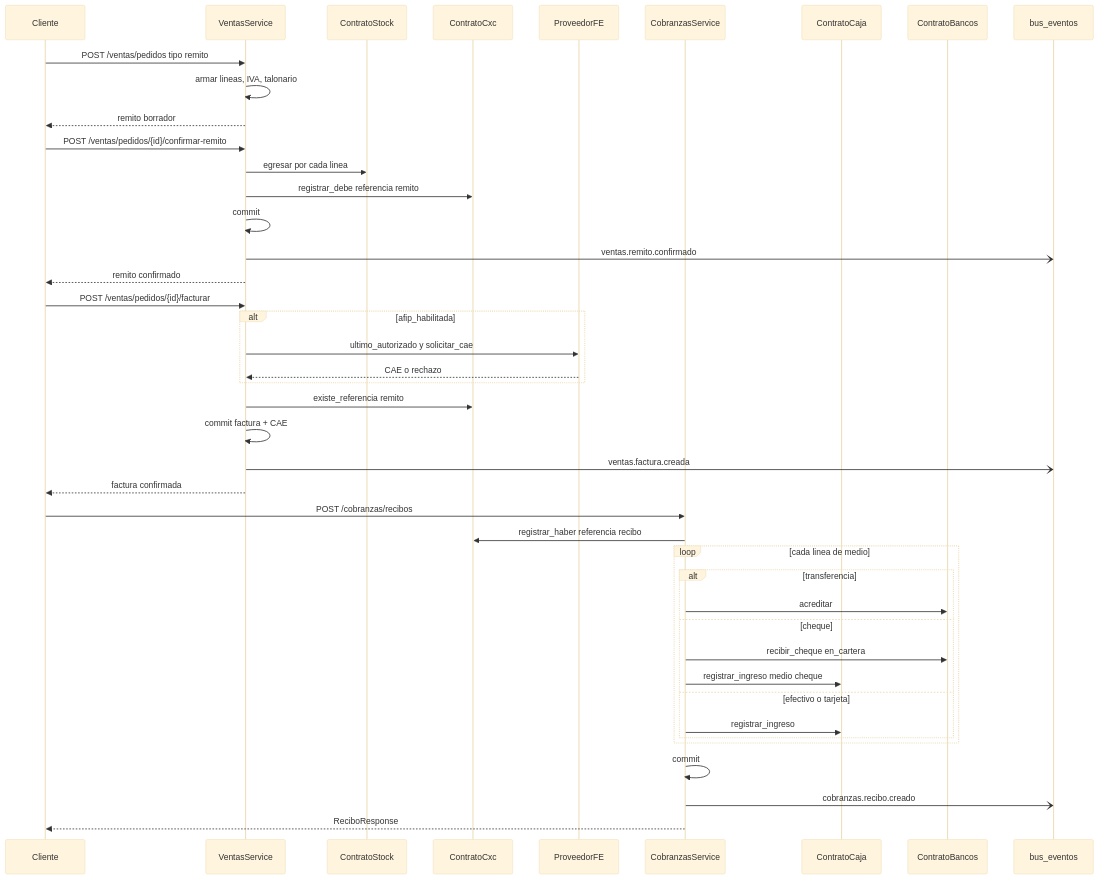
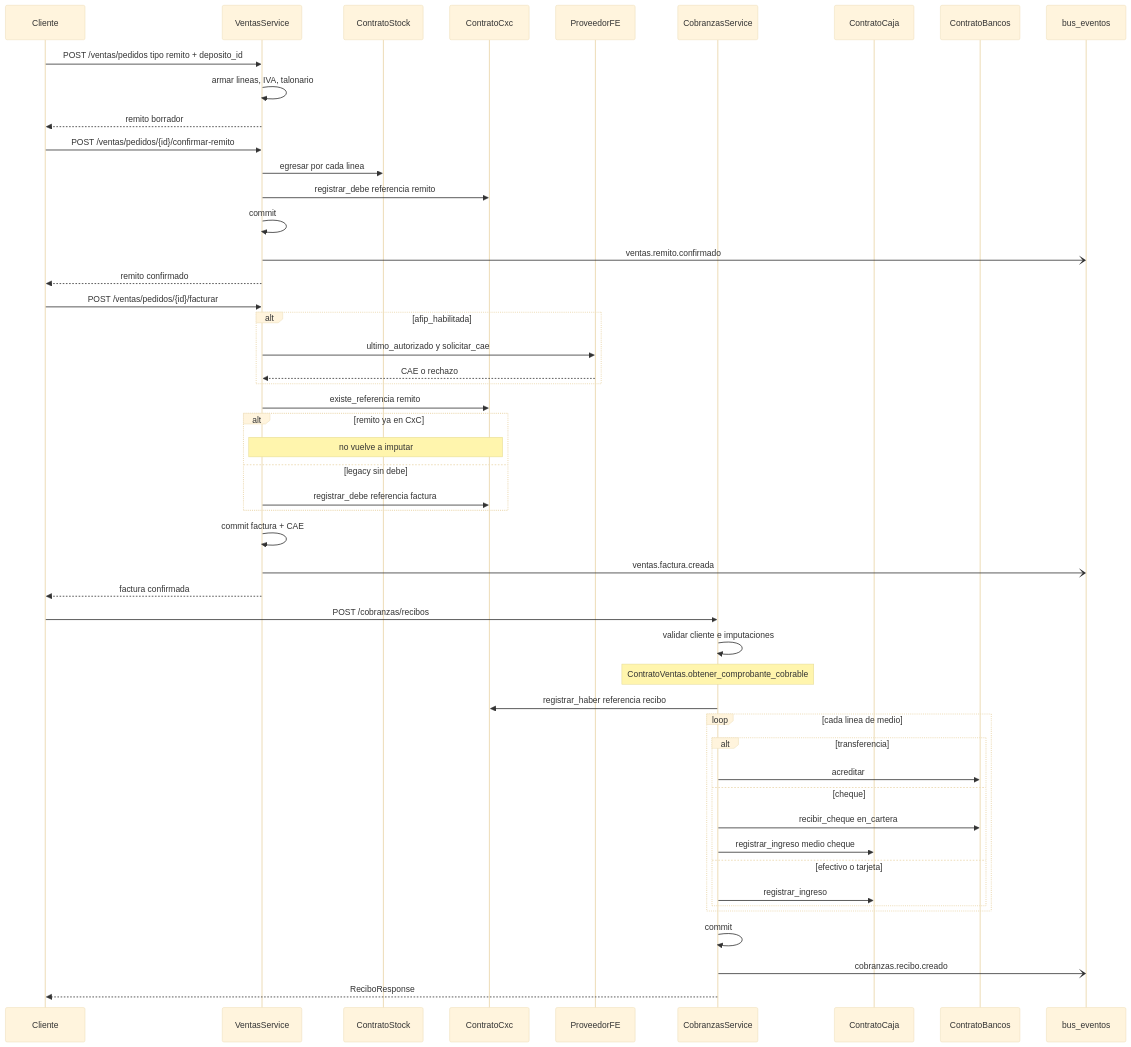
Before and after one commit to estsan3/ventas360-api: the diagram in docs/diagramas/cadena-venta-cobro.md, drawn with Mermaid (base theme). The commit also changed other lines of this file and 21 other files, not shown here.

First line of the commit message:
docs: diagramas de secuencia por módulo (sync 2026-09-25)

````diff
--- a/docs/diagramas/cadena-venta-cobro.md
+++ b/docs/diagramas/cadena-venta-cobro.md
@@ -8,49 +8,56 @@
 ```mermaid
 sequenceDiagram
     participant Cliente
     participant Ventas as VentasService
     participant Stock as ContratoStock
     participant Cxc as ContratoCxc
     participant FE as ProveedorFE
     participant Cobranzas as CobranzasService
     participant Caja as ContratoCaja
     participant Bancos as ContratoBancos
     participant Bus as bus_eventos
 
-    Cliente->>Ventas: POST /ventas/pedidos tipo remito
+    Cliente->>Ventas: POST /ventas/pedidos tipo remito + deposito_id
     Ventas->>Ventas: armar lineas, IVA, talonario
     Ventas-->>Cliente: remito borrador
 
     Cliente->>Ventas: POST /ventas/pedidos/{id}/confirmar-remito
     Ventas->>Stock: egresar por cada linea
     Ventas->>Cxc: registrar_debe referencia remito
     Ventas->>Ventas: commit
     Ventas-)Bus: ventas.remito.confirmado
     Ventas-->>Cliente: remito confirmado
 
     Cliente->>Ventas: POST /ventas/pedidos/{id}/facturar
     alt afip_habilitada
         Ventas->>FE: ultimo_autorizado y solicitar_cae
         FE-->>Ventas: CAE o rechazo
     end
     Ventas->>Cxc: existe_referencia remito
+    alt remito ya en CxC
+        Note over Ventas,Cxc: no vuelve a imputar
+    else legacy sin debe
+        Ventas->>Cxc: registrar_debe referencia factura
+    end
     Ventas->>Ventas: commit factura + CAE
     Ventas-)Bus: ventas.factura.creada
     Ventas-->>Cliente: factura confirmada
 
     Cliente->>Cobranzas: POST /cobranzas/recibos
+    Cobranzas->>Cobranzas: validar cliente e imputaciones
+    Note over Cobranzas: ContratoVentas.obtener_comprobante_cobrable
     Cobranzas->>Cxc: registrar_haber referencia recibo
     loop cada linea de medio
         alt transferencia
             Cobranzas->>Bancos: acreditar
         else cheque
             Cobranzas->>Bancos: recibir_cheque en_cartera
             Cobranzas->>Caja: registrar_ingreso medio cheque
         else efectivo o tarjeta
             Cobranzas->>Caja: registrar_ingreso
         end
     end
     Cobranzas->>Cobranzas: commit
     Cobranzas-)Bus: cobranzas.recibo.creado
     Cobranzas-->>Cliente: ReciboResponse
 ```
````
